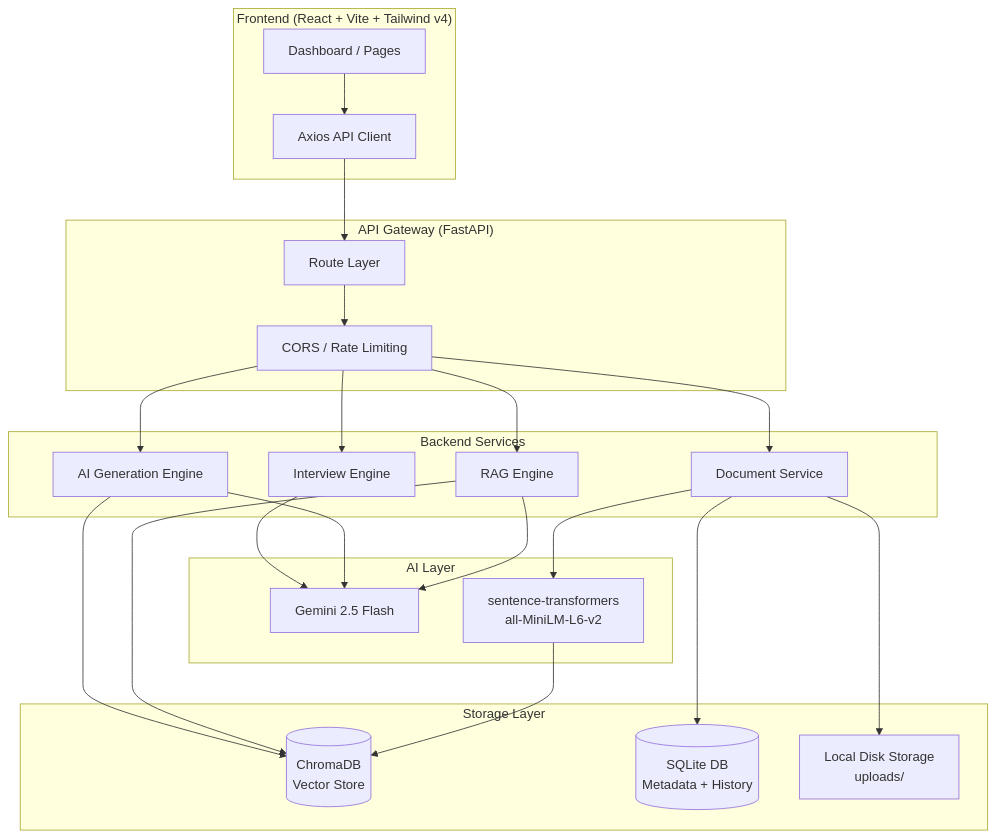
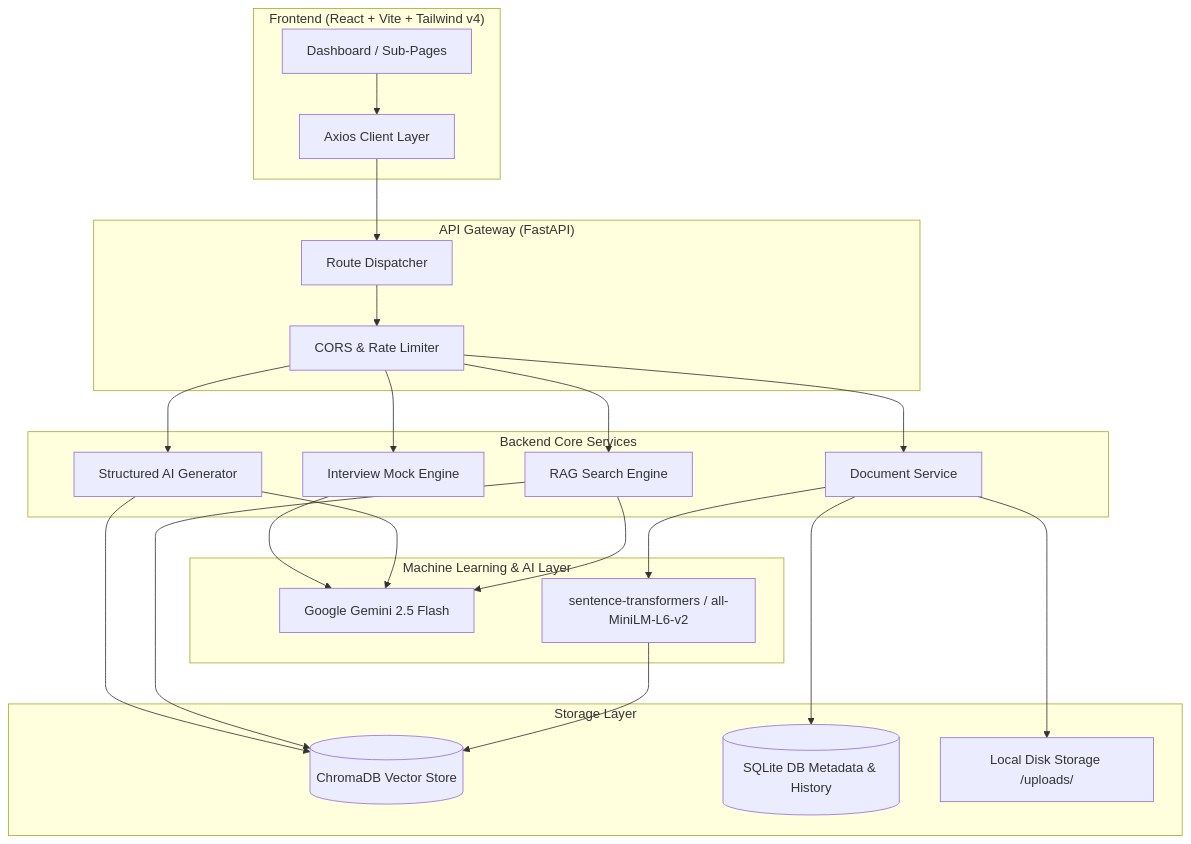
One commit to Abhishek-Deshmukh9/PrepPilot changed the diagram in README.md. Above: the diagram before and after it, drawn with Mermaid. The commit also changed other lines of this file, not shown here.

````diff
--- a/README.md
+++ b/README.md
@@ -24,48 +40,48 @@
 ```mermaid
 graph TB
     subgraph Client["Frontend (React + Vite + Tailwind v4)"]
-        UI[Dashboard / Pages]
-        API_CLIENT[Axios API Client]
+        UI[Dashboard / Sub-Pages]
+        API_CLIENT[Axios Client Layer]
     end
 
     subgraph Gateway["API Gateway (FastAPI)"]
-        ROUTER[Route Layer]
-        MIDDLEWARE[CORS / Rate Limiting]
+        ROUTER[Route Dispatcher]
+        MIDDLEWARE[CORS & Rate Limiter]
     end
 
-    subgraph Services["Backend Services"]
+    subgraph Services["Backend Core Services"]
         DOC_SVC[Document Service]
-        RAG_SVC[RAG Engine]
-        GEN_SVC[AI Generation Engine]
-        INTERVIEW_SVC[Interview Engine]
+        RAG_SVC[RAG Search Engine]
+        GEN_SVC[Structured AI Generator]
+        INTERVIEW_SVC[Interview Mock Engine]
     end
 
-    subgraph AI["AI Layer"]
-        GEMINI[Gemini 2.5 Flash]
-        EMBED[sentence-transformers\nall-MiniLM-L6-v2]
+    subgraph AI["Machine Learning & AI Layer"]
+        GEMINI[Google Gemini 2.5 Flash]
+        EMBED[sentence-transformers / all-MiniLM-L6-v2]
     end
 
     subgraph Storage["Storage Layer"]
-        CHROMA[(ChromaDB\nVector Store)]
-        SQLITE[(SQLite DB\nMetadata + History)]
-        FILES[Local Disk Storage\nuploads/]
+        CHROMA[(ChromaDB Vector Store)]
+        SQLITE[(SQLite DB Metadata & History)]
+        FILES[Local Disk Storage /uploads/]
     end
 
     UI --> API_CLIENT --> ROUTER
     ROUTER --> MIDDLEWARE --> DOC_SVC
     MIDDLEWARE --> RAG_SVC
     MIDDLEWARE --> GEN_SVC
     MIDDLEWARE --> INTERVIEW_SVC
 
     DOC_SVC --> EMBED --> CHROMA
     DOC_SVC --> FILES
     DOC_SVC --> SQLITE
 
     RAG_SVC --> CHROMA
     RAG_SVC --> GEMINI
 
     GEN_SVC --> CHROMA
     GEN_SVC --> GEMINI
 
     INTERVIEW_SVC --> GEMINI
 ```
````
